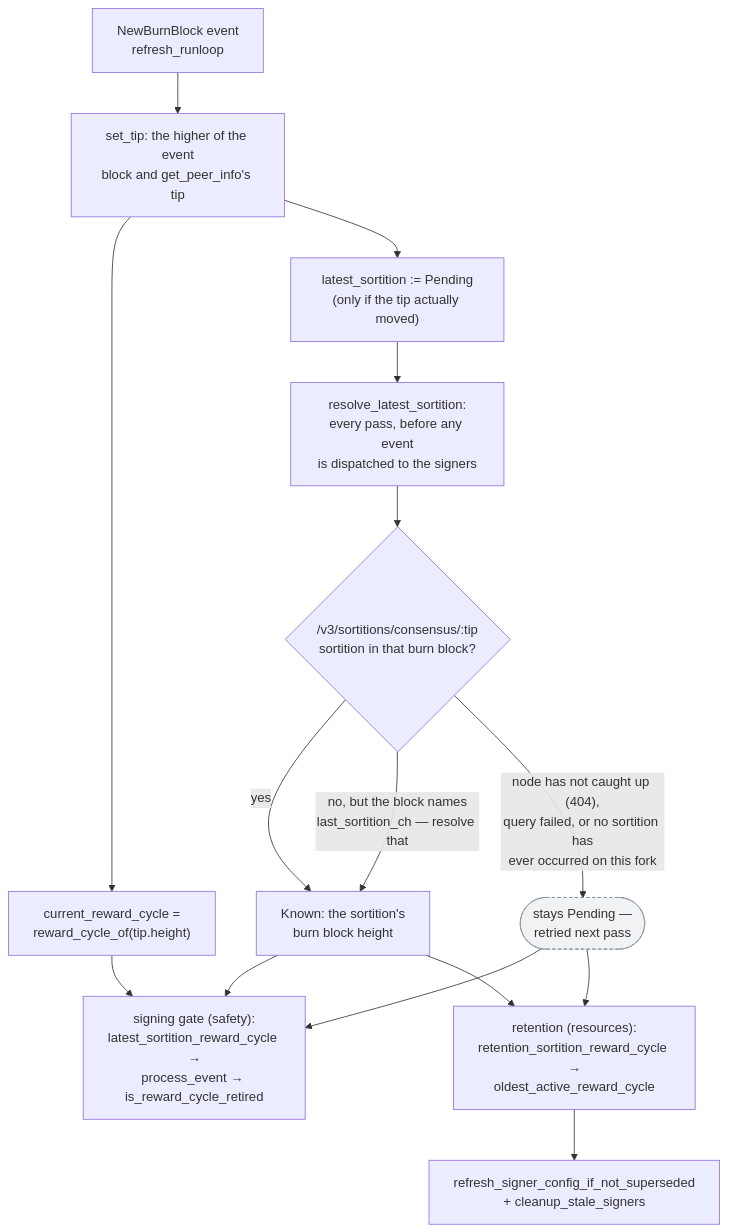
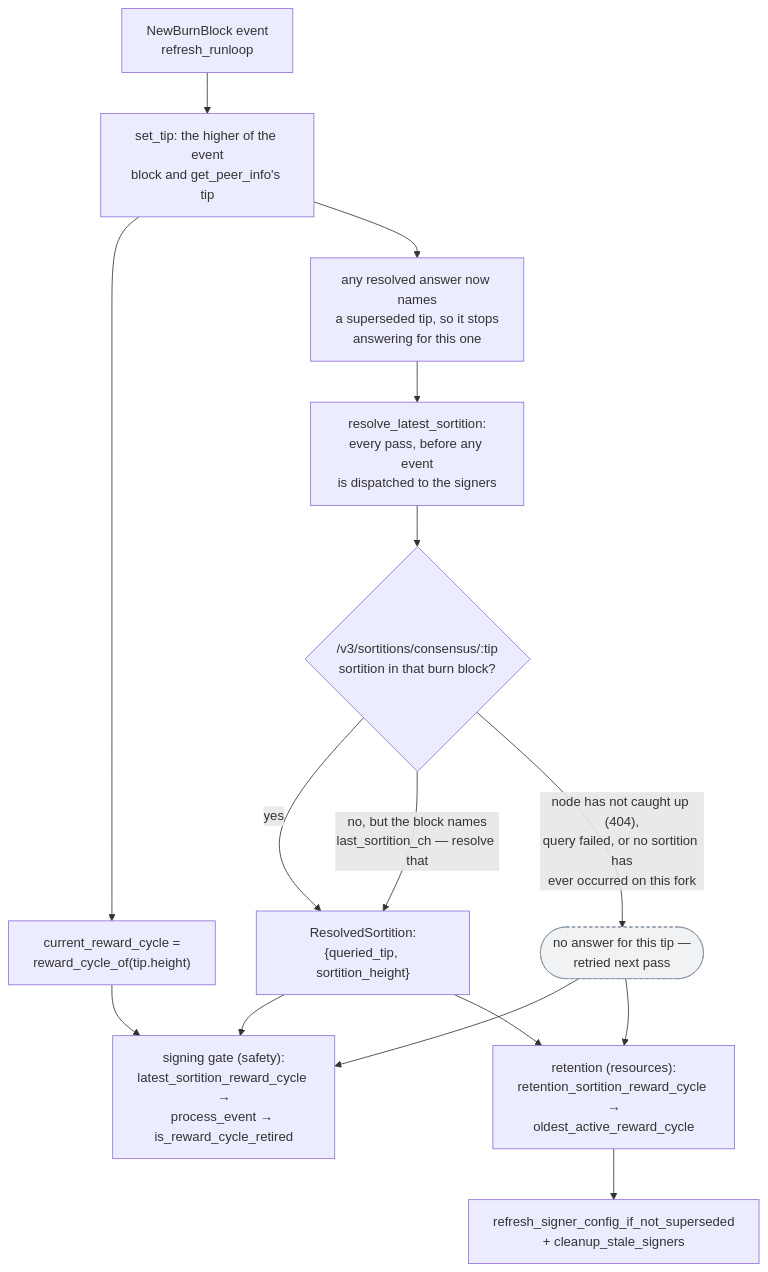
The tenth of 10 diagrams in docs/signer-flows.md (stacks-network/stacks-core), drawn with Mermaid before and after one commit. The commit also changed other lines of this file and 1 other file, not shown here.

````diff
--- a/docs/signer-flows.md
+++ b/docs/signer-flows.md
@@ -661,18 +661,18 @@
 ```mermaid
 flowchart TB
     EVT["NewBurnBlock event<br/>refresh_runloop"] --> TIP["set_tip: the higher of the event<br/>block and get_peer_info's tip"]
     TIP --> CUR["current_reward_cycle =<br/>reward_cycle_of(tip.height)"]
-    TIP --> PEND["latest_sortition := Pending<br/>(only if the tip actually moved)"]
+    TIP --> PEND["any resolved answer now names<br/>a superseded tip, so it stops<br/>answering for this one"]
     PEND --> RES["resolve_latest_sortition:<br/>every pass, before any event<br/>is dispatched to the signers"]
     RES --> Q{"/v3/sortitions/consensus/:tip<br/>sortition in that burn block?"}
-    Q -- yes --> KN["Known: the sortition's<br/>burn block height"]
+    Q -- yes --> KN["ResolvedSortition:<br/>{queried_tip, sortition_height}"]
     Q -- "no, but the block names<br/>last_sortition_ch — resolve that" --> KN
-    Q -- "node has not caught up (404),<br/>query failed, or no sortition has<br/>ever occurred on this fork" --> HOLD(["stays Pending —<br/>retried next pass"]):::hold
+    Q -- "node has not caught up (404),<br/>query failed, or no sortition has<br/>ever occurred on this fork" --> HOLD(["no answer for this tip —<br/>retried next pass"]):::hold
     KN --> GATE["signing gate (safety):<br/>latest_sortition_reward_cycle →<br/>process_event → is_reward_cycle_retired"]
     HOLD --> GATE
     CUR --> GATE
     KN --> KEEP["retention (resources):<br/>retention_sortition_reward_cycle →<br/>oldest_active_reward_cycle"]
     HOLD --> KEEP
     KEEP --> CFG["refresh_signer_config_if_not_superseded<br/>+ cleanup_stale_signers"]
     classDef hold fill:#8a95a51f,stroke:#8a95a5,stroke-dasharray:4 3;
 ```
````
